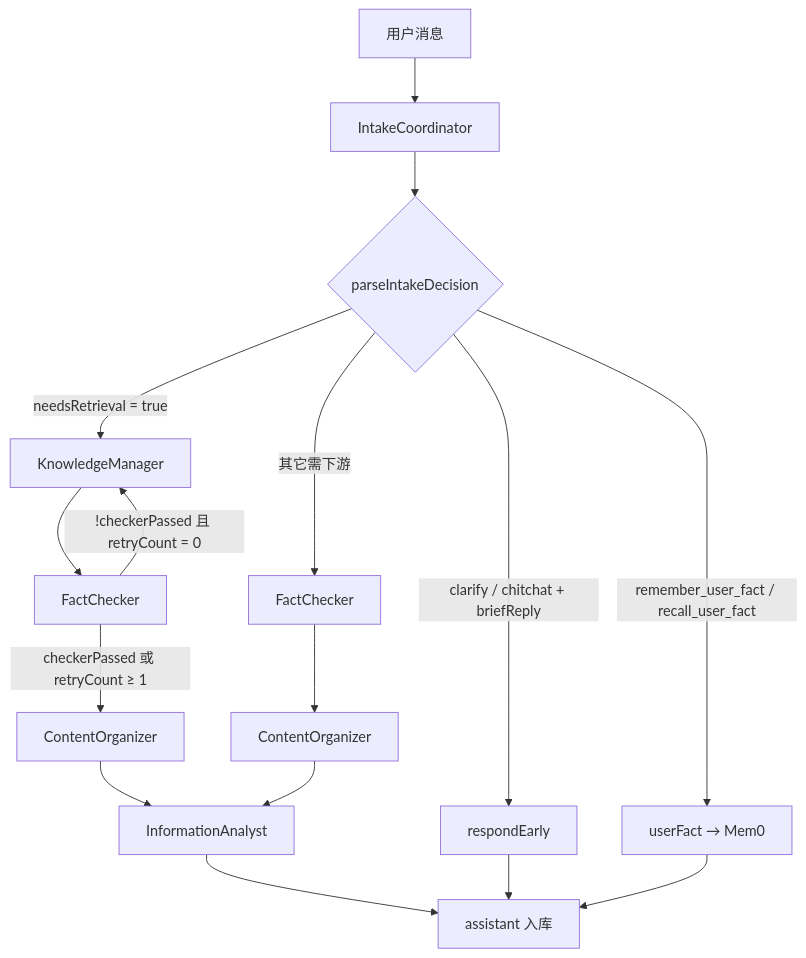
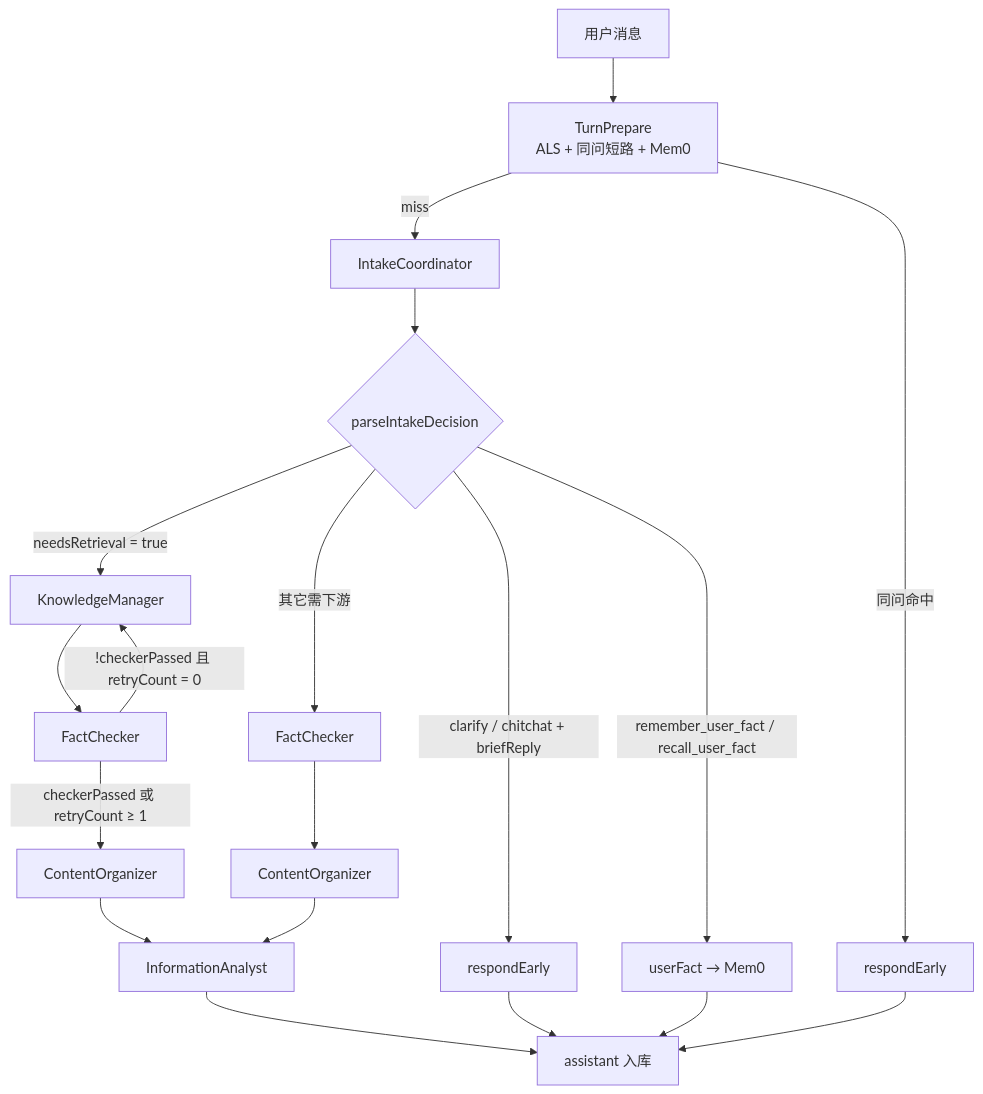
Before and after one commit to panzhanfei/fambrain-agents: the second of 13 diagrams in docs/02-agent-flows.md, drawn with Mermaid. The commit also changed other lines of this file and 29 other files, not shown here.

````diff
--- a/docs/02-agent-flows.md
+++ b/docs/02-agent-flows.md
@@ -83,19 +92,22 @@
 ```mermaid
 flowchart TD
-  A[用户消息] --> B[IntakeCoordinator]
+  A[用户消息] --> PT[TurnPrepare<br/>ALS + 同问短路 + Mem0]
+  PT -->|同问命中| D0[respondEarly]
+  PT -->|miss| B[IntakeCoordinator]
   B --> C{parseIntakeDecision}
 
   C -->|clarify / chitchat + briefReply| D[respondEarly]
   C -->|remember_user_fact / recall_user_fact| UF[userFact → Mem0]
   C -->|needsRetrieval = true| F[KnowledgeManager]
   C -->|其它需下游| FC0[FactChecker]
 
   F --> FC[FactChecker]
   FC -->|checkerPassed 或 retryCount ≥ 1| CO[ContentOrganizer]
   FC -->|!checkerPassed 且 retryCount = 0| F
   CO --> G[InformationAnalyst]
   FC0 --> CO0[ContentOrganizer] --> G
   G --> H[assistant 入库]
   D --> H
   UF --> H
+  D0 --> H
 ```
````
